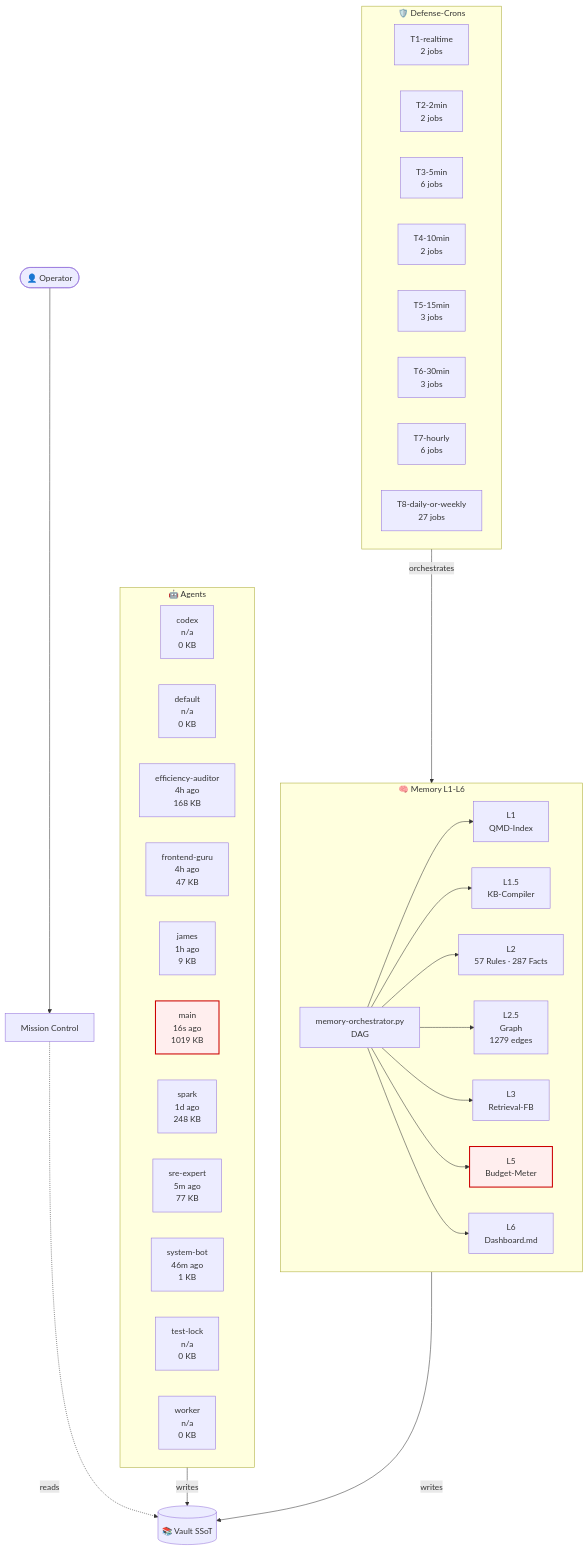
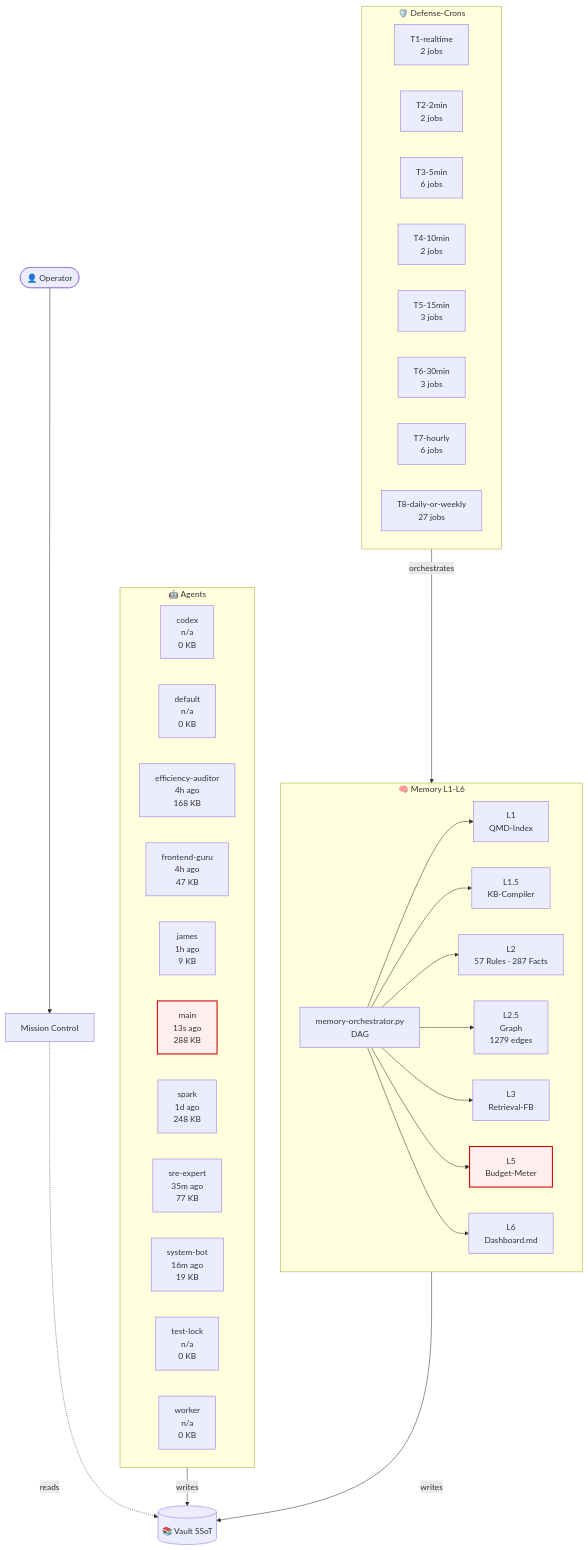
One commit to lenardhuebner88-rgb/openclaw-memory changed the diagram in 03-Agents/architecture-live.md. Above: the diagram before and after it, drawn with Mermaid. The commit also changed other lines of this file and 22 other files, not shown here.

````diff
--- a/03-Agents/architecture-live.md
+++ b/03-Agents/architecture-live.md
@@ -18,54 +18,54 @@
 ```mermaid
 flowchart TB
     classDef critical fill:#fee,stroke:#c00,stroke-width:2px;
     subgraph AGT["🤖 Agents"]
         agent_codex["codex<br/>n/a<br/>0 KB"]
         agent_default["default<br/>n/a<br/>0 KB"]
         agent_efficiency_auditor["efficiency-auditor<br/>4h ago<br/>168 KB"]
         agent_frontend_guru["frontend-guru<br/>4h ago<br/>47 KB"]
         agent_james["james<br/>1h ago<br/>9 KB"]
-        agent_main["main<br/>16s ago<br/>1019 KB"]
+        agent_main["main<br/>13s ago<br/>288 KB"]
         agent_spark["spark<br/>1d ago<br/>248 KB"]
-        agent_sre_expert["sre-expert<br/>5m ago<br/>77 KB"]
-        agent_system_bot["system-bot<br/>46m ago<br/>1 KB"]
+        agent_sre_expert["sre-expert<br/>35m ago<br/>77 KB"]
+        agent_system_bot["system-bot<br/>16m ago<br/>19 KB"]
         agent_test_lock["test-lock<br/>n/a<br/>0 KB"]
         agent_worker["worker<br/>n/a<br/>0 KB"]
     end
     subgraph MEM["🧠 Memory L1-L6"]
         L1["L1<br/>QMD-Index"]
         L15["L1.5<br/>KB-Compiler"]
         L2["L2<br/>57 Rules · 287 Facts"]
         L25["L2.5<br/>Graph<br/>1279 edges"]
         L3["L3<br/>Retrieval-FB"]
         L5["L5<br/>Budget-Meter"]
         L6["L6<br/>Dashboard.md"]
         ORCH["memory-orchestrator.py<br/>DAG"]
     end
     subgraph CRN["🛡️ Defense-Crons"]
         tier_T1_realtime["T1-realtime<br/>2 jobs"]
         tier_T2_2min["T2-2min<br/>2 jobs"]
         tier_T3_5min["T3-5min<br/>6 jobs"]
         tier_T4_10min["T4-10min<br/>2 jobs"]
         tier_T5_15min["T5-15min<br/>3 jobs"]
         tier_T6_30min["T6-30min<br/>3 jobs"]
         tier_T7_hourly["T7-hourly<br/>6 jobs"]
         tier_T8_daily_or_weekly["T8-daily-or-weekly<br/>27 jobs"]
     end
     VAULT[("📚 Vault SSoT")]
     OP([👤 Operator])
     MC["Mission Control"]
     OP --> MC
     MC -.reads.-> VAULT
     AGT -->|writes| VAULT
     MEM -->|writes| VAULT
     ORCH --> L1
     ORCH --> L15
     ORCH --> L2
     ORCH --> L25
     ORCH --> L3
     ORCH --> L5
     ORCH --> L6
     CRN -->|orchestrates| MEM
     class L5 critical
     class agent_main critical
 ```
````
